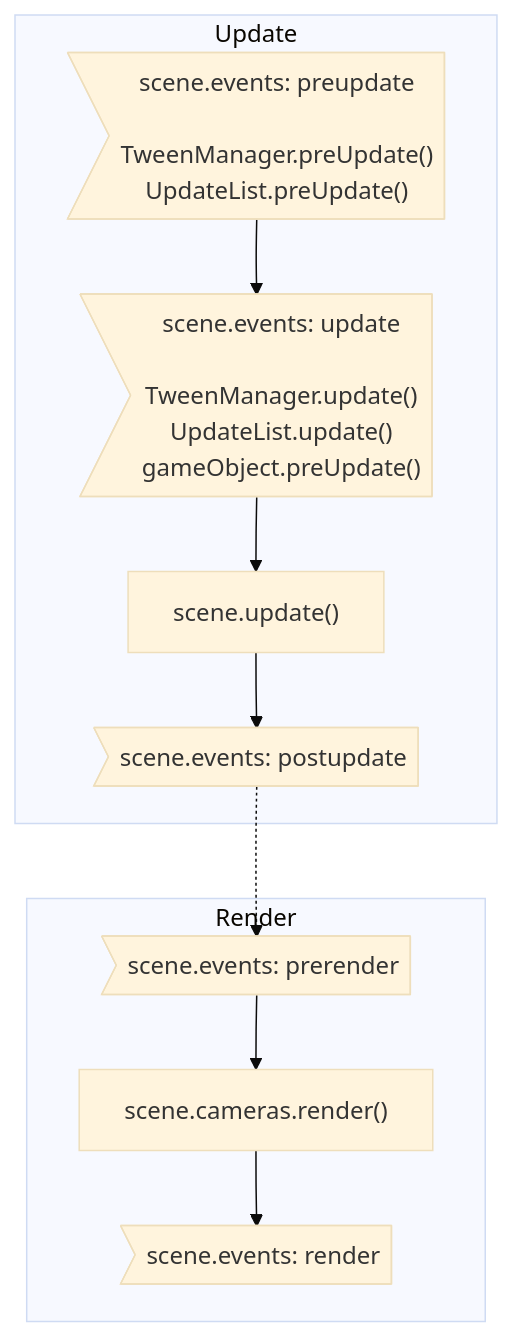
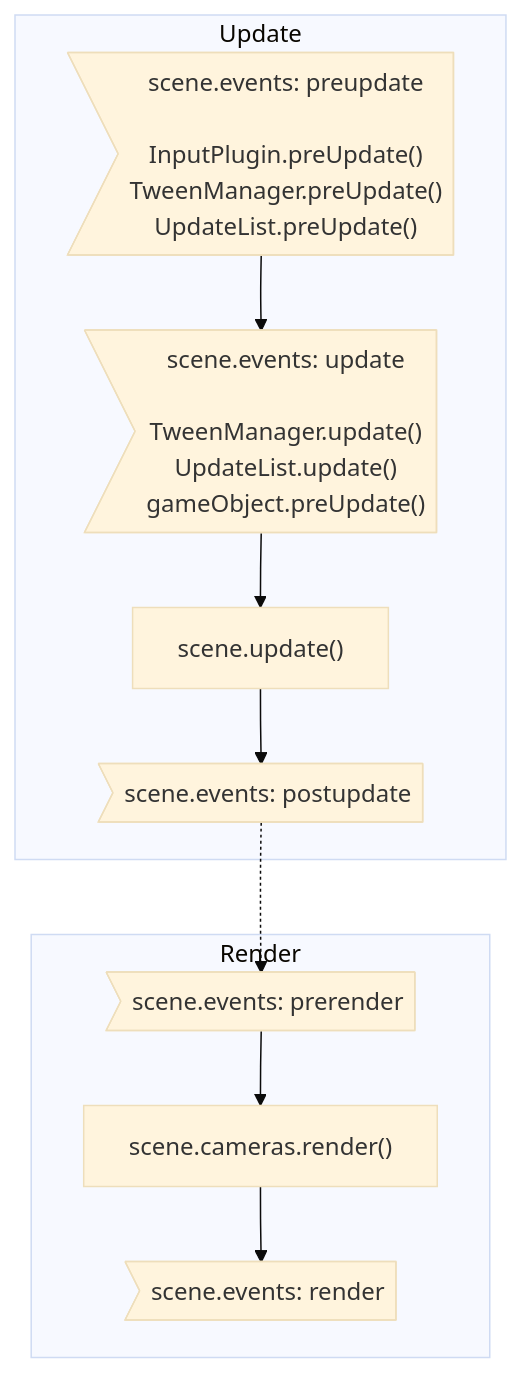
One commit to rexrainbow/phaser3-rex-notes changed the second of 2 diagrams in docs/docs/mainloop.md. Above: the diagram before and after it, drawn with Mermaid (base theme). The commit also changed other lines of this file and 5 other files, not shown here.

````diff
--- a/docs/docs/mainloop.md
+++ b/docs/docs/mainloop.md
@@ -119,25 +120,25 @@
 ```mermaid
 graph TB
 
 subgraph Render
 SceneEventPreRender>"scene.events: prerender"]
 SceneCameraRender["scene.cameras.render()"]
 SceneEventRender>"scene.events: render"]
 end
 
 subgraph Update
-SceneEventPreUpdate>"scene.events: preupdate<br><br>TweenManager.preUpdate()<br>UpdateList.preUpdate()"]
+SceneEventPreUpdate>"scene.events: preupdate<br><br>InputPlugin.preUpdate()<br>TweenManager.preUpdate()<br>UpdateList.preUpdate()"]
 SceneEventUpdate>"scene.events: update<br><br>TweenManager.update()<br>UpdateList.update()<br>gameObject.preUpdate()"]
 SceneUpdate["scene.update()"]
 SceneEventPostUpdate>"scene.events: postupdate"]
 end
 
 
 SceneEventPreUpdate --> SceneEventUpdate
 SceneEventUpdate --> SceneUpdate
 SceneUpdate --> SceneEventPostUpdate
 
 SceneEventPostUpdate -.-> SceneEventPreRender
 SceneEventPreRender --> SceneCameraRender
 SceneCameraRender --> SceneEventRender
 ```
````
